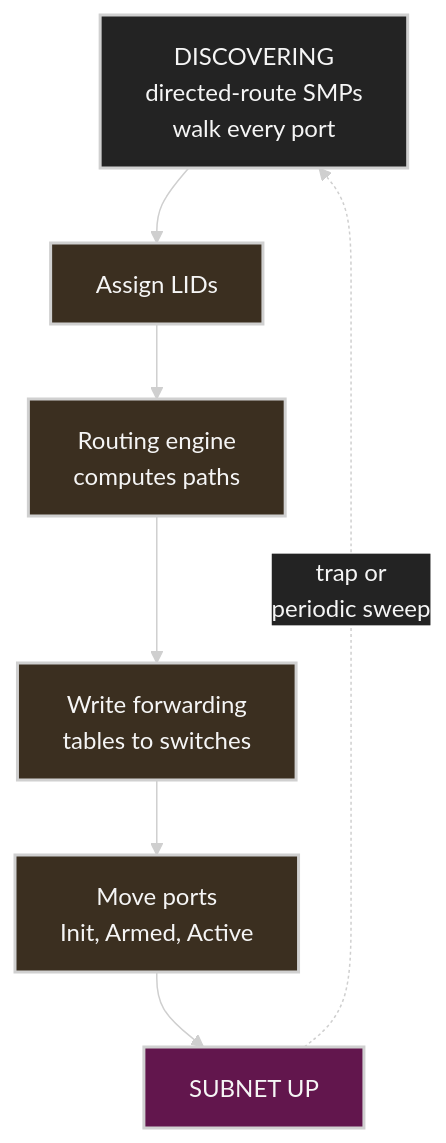
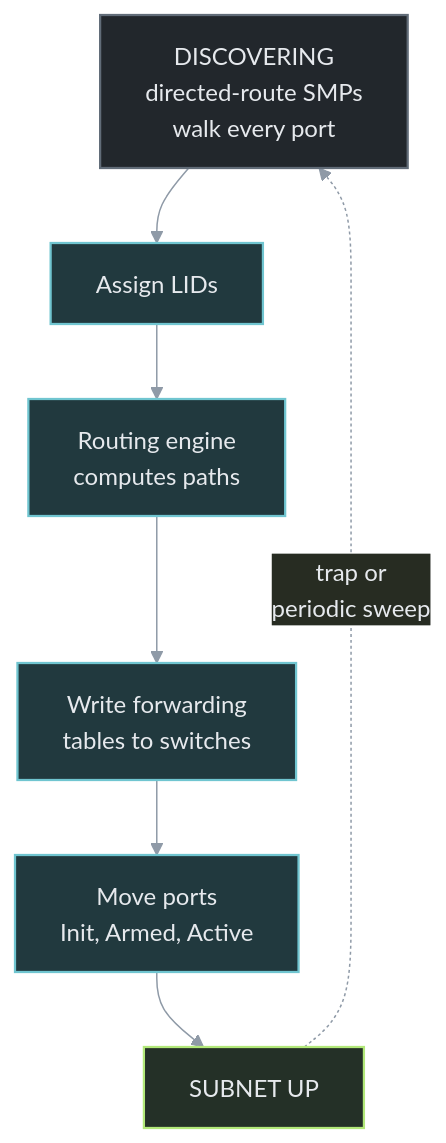
One commit to ziwon/rdma-fabric-lab changed the diagram in .site/src/content/docs/concepts/infiniband-management.mdx. Above: the diagram before and after it, drawn with Mermaid. The commit also changed 26 other files, not shown here.

````diff
--- a/.site/src/content/docs/concepts/infiniband-management.mdx
+++ b/.site/src/content/docs/concepts/infiniband-management.mdx
@@ -29,17 +29,17 @@
 ```mermaid
-%%{init: {"theme": "base", "themeVariables": {"background": "#171717", "primaryColor": "#232323", "primaryTextColor": "#f5f5f5", "primaryBorderColor": "#d0d0d0", "lineColor": "#cfcfcf", "fontFamily": "Inter, Arial, sans-serif"}}}%%
+%%{init: {"theme": "base", "themeVariables": {"background": "#1b1f23", "primaryColor": "#22272c", "primaryTextColor": "#e6e9ed", "primaryBorderColor": "#616c78", "lineColor": "#8f9aa7", "fontFamily": "DM Sans, Inter, Arial, sans-serif"}}}%%
 flowchart TB
     A[DISCOVERING<br/>directed-route SMPs<br/>walk every port] --> B[Assign LIDs]
     B --> C[Routing engine<br/>computes paths]
     C --> D[Write forwarding<br/>tables to switches]
     D --> E[Move ports<br/>Init, Armed, Active]
     E --> F[SUBNET UP]
     F -. trap or<br/>periodic sweep .-> A
 
-    classDef primary fill:#232323,stroke:#d0d0d0,color:#f5f5f5,stroke-width:2px;
-    classDef secondary fill:#3b2f20,stroke:#d0d0d0,color:#f5f5f5,stroke-width:2px;
-    classDef accent fill:#62164d,stroke:#d0d0d0,color:#f5f5f5,stroke-width:2px;
+    classDef primary fill:#22272c,stroke:#616c78,color:#e6e9ed,stroke-width:1.5px;
+    classDef secondary fill:#21393e,stroke:#70c5d0,color:#e6e9ed,stroke-width:1.5px;
+    classDef accent fill:#243027,stroke:#b2e879,color:#e6e9ed,stroke-width:1.5px;
     class A primary
     class B,C,D,E secondary
     class F accent
 ```
````
